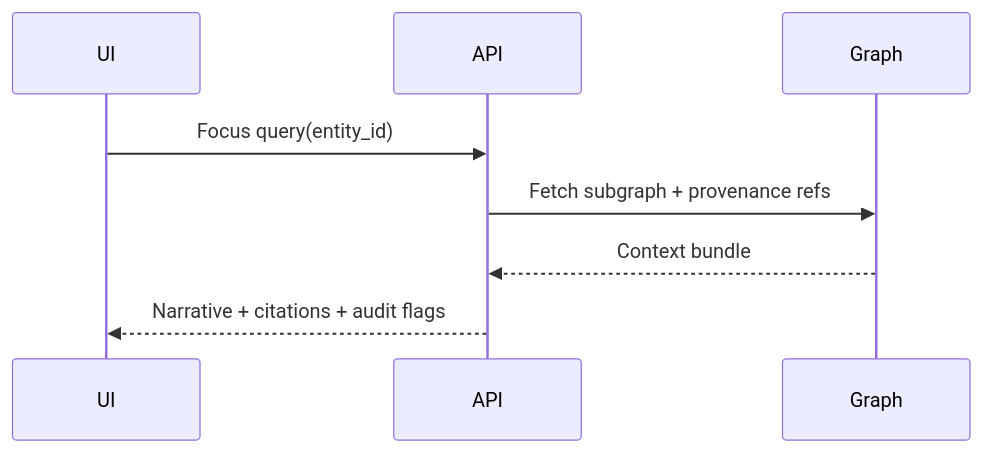
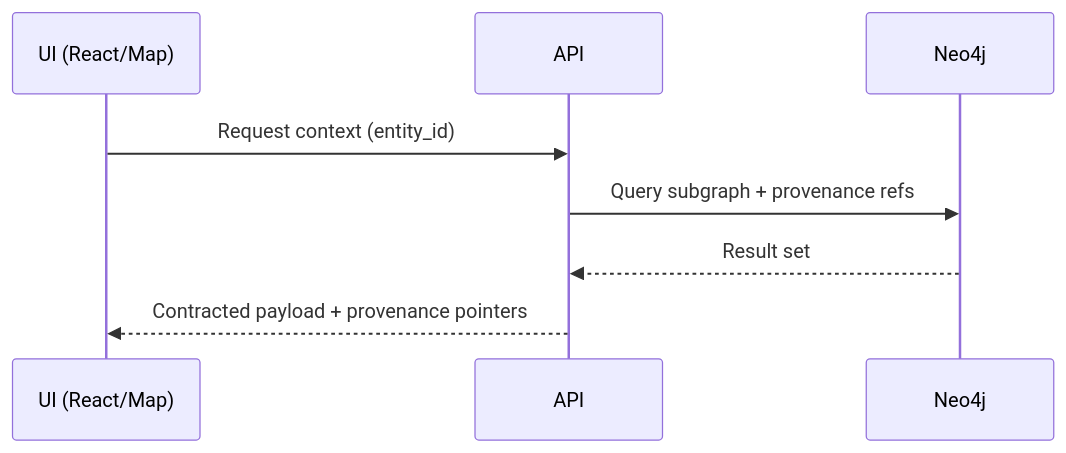
The second of 2 diagrams in docs/architecture/README.md (bartytime4life/Kansas-Frontier-Matrix), drawn with Mermaid before and after one commit. The commit also changed other lines of this file, not shown here.

```diff
--- a/docs/architecture/README.md
+++ b/docs/architecture/README.md
@@ -164,10 +188,10 @@
 ~~~mermaid
 sequenceDiagram
-  participant UI
-  participant API
-  participant Graph
-  UI->>API: Focus query(entity_id)
-  API->>Graph: Fetch subgraph + provenance refs
-  Graph-->>API: Context bundle
-  API-->>UI: Narrative + citations + audit flags
+  participant UI as UI (React/Map)
+  participant API as API
+  participant Graph as Neo4j
+  UI->>API: Request context (entity_id)
+  API->>Graph: Query subgraph + provenance refs
+  Graph-->>API: Result set
+  API-->>UI: Contracted payload + provenance pointers
 ~~~
```
